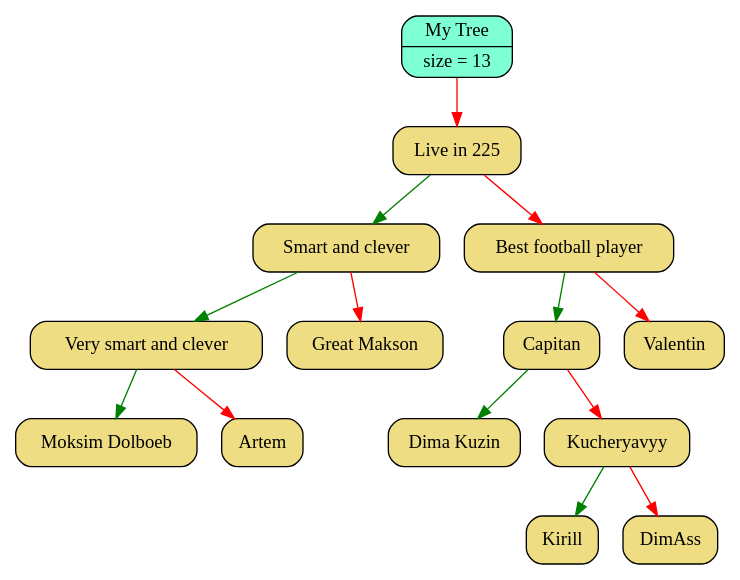
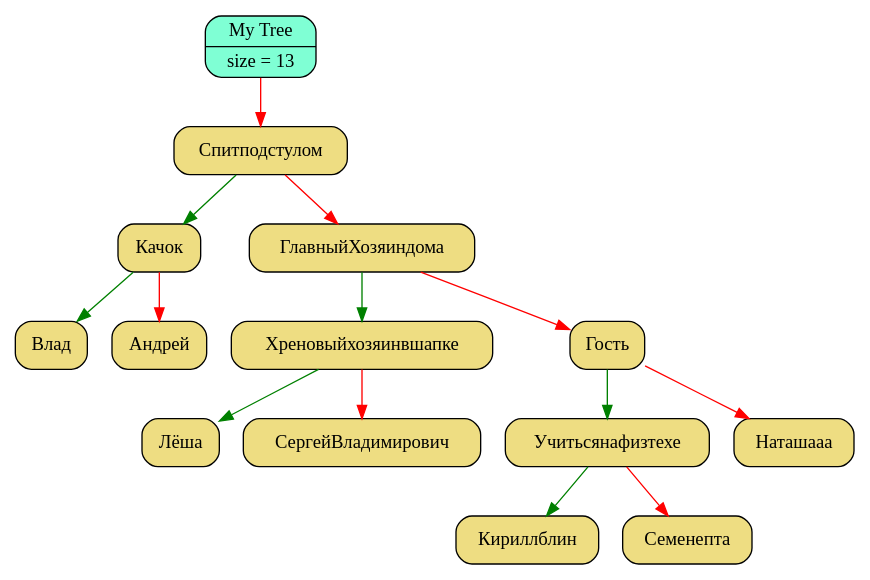
One commit to Pelmeshka127/Akinator changed the diagram in graphics/graph.dot. Above: the diagram before and after it, drawn with Graphviz. The commit also changed 12 other files, not shown here.

```diff
--- a/graphics/graph.dot
+++ b/graphics/graph.dot
@@ -1,33 +1,33 @@
 digraph Tree
 {
    rankdir = HR;
    node[fontsize=14];
    edge[color="black",fontcolor="blue",fontsize=12];
    tree[shape = Mrecord, style = filled, fillcolor = "aquamarine", label = "{My Tree | size = 13}"];
-   "0x106b01d20"[shape = Mrecord, style = filled, fillcolor = "lightgoldenrod",   label = " <value> Live in 225"];
-  "0x106b01d20" -> "0x106b01ca0" [color = "green"];
-  "0x106b01d20" -> "0x106b01b20" [color = "red"];
-   "0x106b01ca0"[shape = Mrecord, style = filled, fillcolor = "lightgoldenrod",   label = " <value> Smart and clever"];
-  "0x106b01ca0" -> "0x106b01c20" [color = "green"];
-  "0x106b01ca0" -> "0x106b01ba0" [color = "red"];
-   "0x106b01c20"[shape = Mrecord, style = filled, fillcolor = "lightgoldenrod",   label = " <value> Very smart and clever"];
-  "0x106b01c20" -> "0x106b01720" [color = "green"];
-  "0x106b01c20" -> "0x106b017a0" [color = "red"];
-   "0x106b01720"[shape = Mrecord, style = filled, fillcolor = "lightgoldenrod",   label = " <value> Moksim Dolboeb"];
-   "0x106b017a0"[shape = Mrecord, style = filled, fillcolor = "lightgoldenrod",   label = " <value> Artem"];
-   "0x106b01ba0"[shape = Mrecord, style = filled, fillcolor = "lightgoldenrod",   label = " <value> Great Makson"];
-   "0x106b01b20"[shape = Mrecord, style = filled, fillcolor = "lightgoldenrod",   label = " <value> Best football player"];
-  "0x106b01b20" -> "0x106b01aa0" [color = "green"];
-  "0x106b01b20" -> "0x106b01820" [color = "red"];
-   "0x106b01aa0"[shape = Mrecord, style = filled, fillcolor = "lightgoldenrod",   label = " <value> Capitan"];
-  "0x106b01aa0" -> "0x106b01a20" [color = "green"];
-  "0x106b01aa0" -> "0x106b019a0" [color = "red"];
-   "0x106b01a20"[shape = Mrecord, style = filled, fillcolor = "lightgoldenrod",   label = " <value> Dima Kuzin"];
-   "0x106b019a0"[shape = Mrecord, style = filled, fillcolor = "lightgoldenrod",   label = " <value> Kucheryavyy"];
-  "0x106b019a0" -> "0x106b01920" [color = "green"];
-  "0x106b019a0" -> "0x106b018a0" [color = "red"];
-   "0x106b01920"[shape = Mrecord, style = filled, fillcolor = "lightgoldenrod",   label = " <value> Kirill"];
-   "0x106b018a0"[shape = Mrecord, style = filled, fillcolor = "lightgoldenrod",   label = " <value> DimAss"];
-   "0x106b01820"[shape = Mrecord, style = filled, fillcolor = "lightgoldenrod",   label = " <value> Valentin"];
-   tree -> "0x106b01d20" [color = "red"];
+   "0x104b01d20"[shape = Mrecord, style = filled, fillcolor = "lightgoldenrod",   label = " <value> Спит под стулом"];
+  "0x104b01d20" -> "0x104b01ca0" [color = "green"];
+  "0x104b01d20" -> "0x104b01b20" [color = "red"];
+   "0x104b01ca0"[shape = Mrecord, style = filled, fillcolor = "lightgoldenrod",   label = " <value> Качок"];
+  "0x104b01ca0" -> "0x104b01c20" [color = "green"];
+  "0x104b01ca0" -> "0x104b01ba0" [color = "red"];
+   "0x104b01c20"[shape = Mrecord, style = filled, fillcolor = "lightgoldenrod",   label = " <value> Влад"];
+   "0x104b01ba0"[shape = Mrecord, style = filled, fillcolor = "lightgoldenrod",   label = " <value> Андрей"];
+   "0x104b01b20"[shape = Mrecord, style = filled, fillcolor = "lightgoldenrod",   label = " <value> Главный Хозяин дома"];
+  "0x104b01b20" -> "0x104b01aa0" [color = "green"];
+  "0x104b01b20" -> "0x104b01920" [color = "red"];
+   "0x104b01aa0"[shape = Mrecord, style = filled, fillcolor = "lightgoldenrod",   label = " <value> Хреновый хозяин в шапке"];
+  "0x104b01aa0" -> "0x104b01a20" [color = "green"];
+  "0x104b01aa0" -> "0x104b019a0" [color = "red"];
+   "0x104b01a20"[shape = Mrecord, style = filled, fillcolor = "lightgoldenrod",   label = " <value> Лёша"];
+   "0x104b019a0"[shape = Mrecord, style = filled, fillcolor = "lightgoldenrod",   label = " <value> Сергей Владимирович"];
+   "0x104b01920"[shape = Mrecord, style = filled, fillcolor = "lightgoldenrod",   label = " <value> Гость"];
+  "0x104b01920" -> "0x104b018a0" [color = "green"];
+  "0x104b01920" -> "0x104b01720" [color = "red"];
+   "0x104b018a0"[shape = Mrecord, style = filled, fillcolor = "lightgoldenrod",   label = " <value> Учиться на физтехе"];
+  "0x104b018a0" -> "0x104b01820" [color = "green"];
+  "0x104b018a0" -> "0x104b017a0" [color = "red"];
+   "0x104b01820"[shape = Mrecord, style = filled, fillcolor = "lightgoldenrod",   label = " <value> Кирилл блин"];
+   "0x104b017a0"[shape = Mrecord, style = filled, fillcolor = "lightgoldenrod",   label = " <value> Семен епта"];
+   "0x104b01720"[shape = Mrecord, style = filled, fillcolor = "lightgoldenrod",   label = " <value> Наташааа"];
+   tree -> "0x104b01d20" [color = "red"];
 }
```
